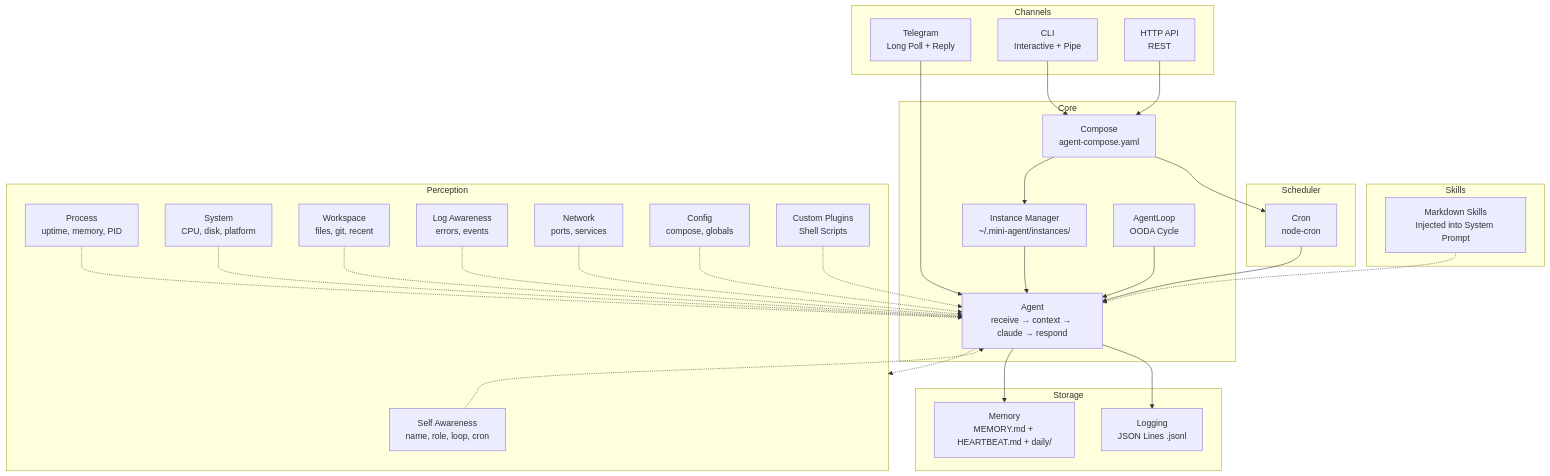
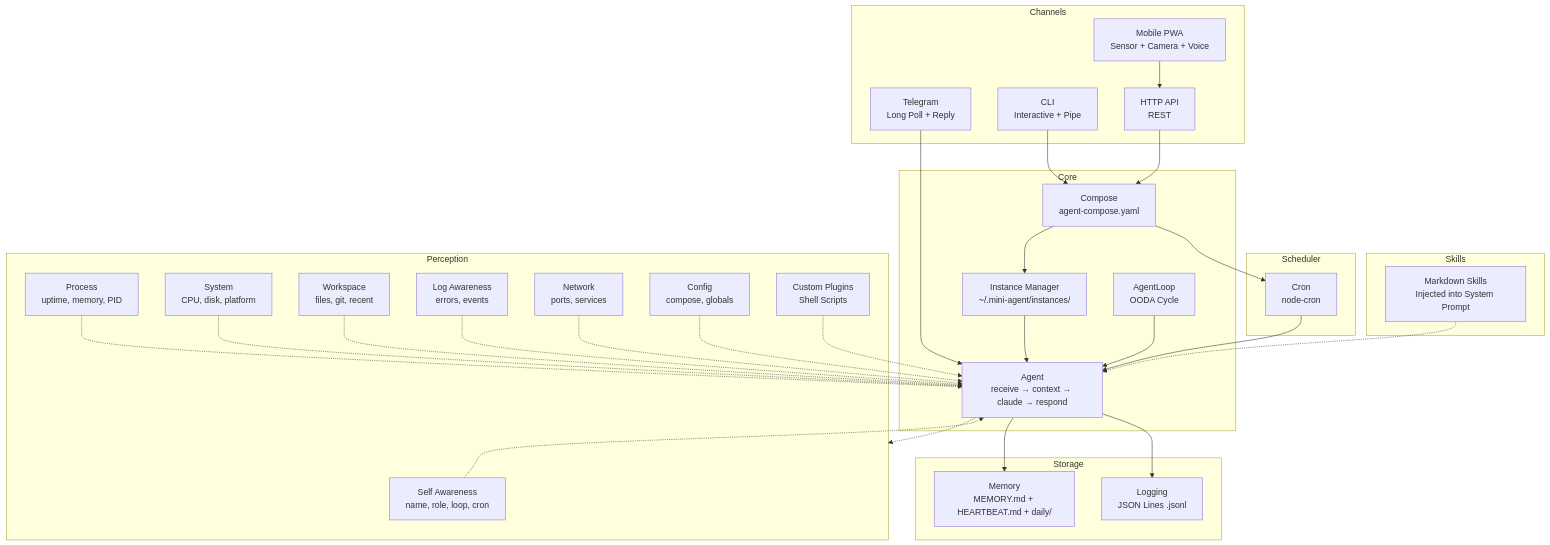
One commit to miles990/mini-agent changed the diagram in README.md. Above: the diagram before and after it, drawn with Mermaid. The commit also changed other lines of this file and 6 other files, not shown here.

````diff
--- a/README.md
+++ b/README.md
@@ -28,61 +30,63 @@
 ```mermaid
 graph TB
     subgraph Channels
         CLI[CLI<br/>Interactive + Pipe]
         API[HTTP API<br/>REST]
         TG[Telegram<br/>Long Poll + Reply]
+        Mobile[Mobile PWA<br/>Sensor + Camera + Voice]
     end
 
     subgraph Core
         Compose[Compose<br/>agent-compose.yaml]
         Instance[Instance Manager<br/>~/.mini-agent/instances/]
         Agent[Agent<br/>receive → context → claude → respond]
         Loop[AgentLoop<br/>OODA Cycle]
     end
 
     subgraph Perception
         Self[Self Awareness<br/>name, role, loop, cron]
         Process[Process<br/>uptime, memory, PID]
         System[System<br/>CPU, disk, platform]
         Workspace[Workspace<br/>files, git, recent]
         Logs[Log Awareness<br/>errors, events]
         Network[Network<br/>ports, services]
         Config[Config<br/>compose, globals]
         Custom[Custom Plugins<br/>Shell Scripts]
     end
 
     subgraph Skills
         Skill[Markdown Skills<br/>Injected into System Prompt]
     end
 
     subgraph Storage
         Memory[Memory<br/>MEMORY.md + HEARTBEAT.md + daily/]
         LogStore[Logging<br/>JSON Lines .jsonl]
     end
 
     subgraph Scheduler
         Cron[Cron<br/>node-cron]
     end
 
     CLI --> Compose
     API --> Compose
     TG --> Agent
+    Mobile --> API
     Compose --> Instance
     Instance --> Agent
     Agent --> Memory
     Agent --> LogStore
     Loop --> Agent
     Cron --> Agent
     Compose --> Cron
 
     Agent -.-> Perception
     Self -.-> Agent
     Process -.-> Agent
     System -.-> Agent
     Workspace -.-> Agent
     Logs -.-> Agent
     Network -.-> Agent
     Config -.-> Agent
     Custom -.-> Agent
     Skill -.-> Agent
 ```
````
